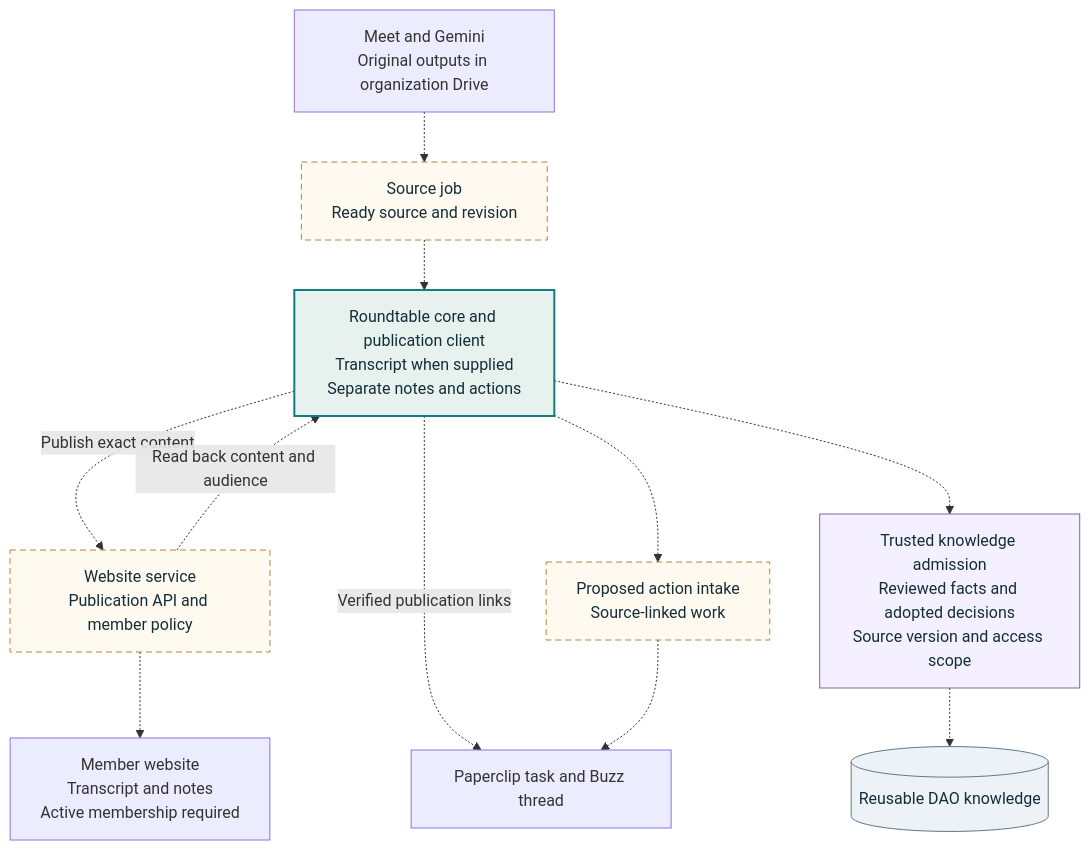
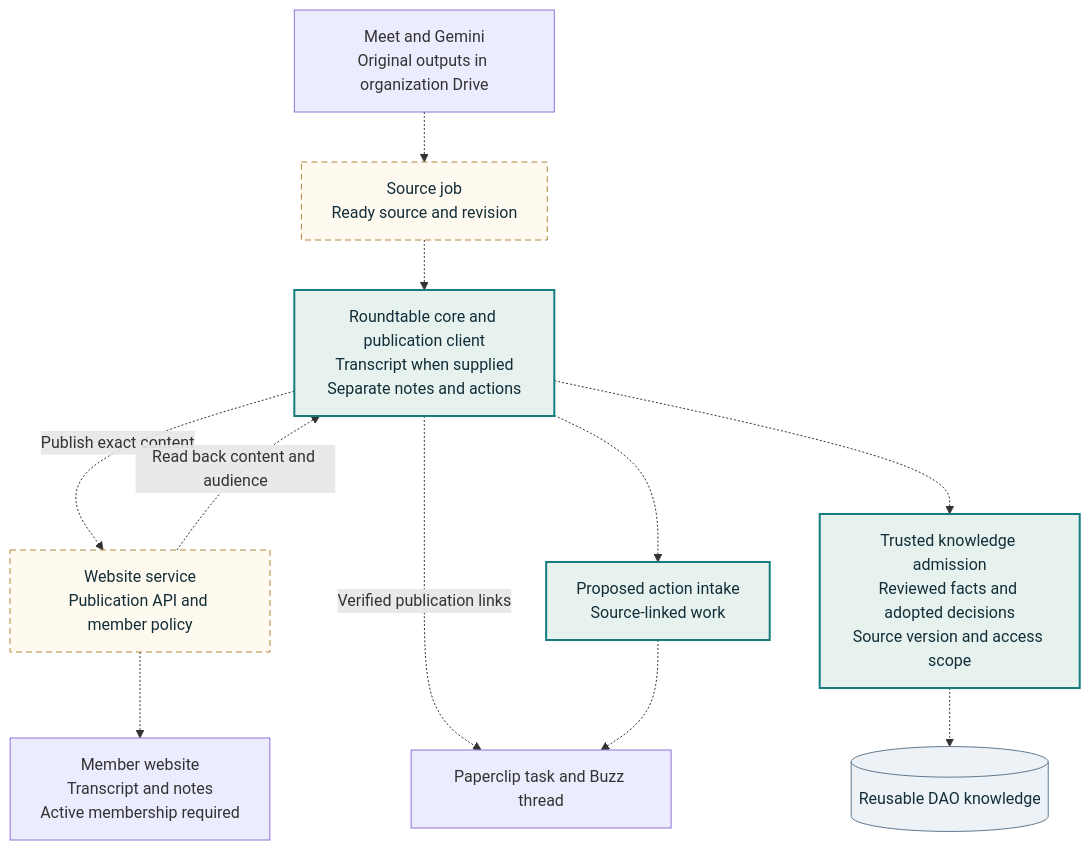
Before and after one commit to NetRxn/Inertia: the diagram in docs/architecture/diagrams/meeting-ingestion.mmd, drawn with Mermaid. The commit also changed 27 other files, not shown here.

Commit message:
docs: synchronize architecture and funding delivery status

```diff
--- a/docs/architecture/diagrams/meeting-ingestion.mmd
+++ b/docs/architecture/diagrams/meeting-ingestion.mmd
@@ -1,20 +1,19 @@
 flowchart TB
  D["Meet and Gemini<br/>Original outputs in organization Drive"] -.-> J["Source job<br/>Ready source and revision"]
  J -.-> R["Roundtable core and publication client<br/>Transcript when supplied<br/>Separate notes and actions"]
  R -.->|Publish exact content| W["Website service<br/>Publication API and member policy"]
  W -.->|Read back content and audience| R
  W -.-> P["Member website<br/>Transcript and notes<br/>Active membership required"]
  R -.->|Verified publication links| T["Paperclip task and Buzz thread"]
  R -.-> A["Proposed action intake<br/>Source-linked work"]
  A -.-> T
  R -.-> K["Trusted knowledge admission<br/>Reviewed facts and adopted decisions<br/>Source version and access scope"]
  K -.-> DB[("Reusable DAO knowledge")]
- class R core
- class J,W,A planned
- class K reviewed
+ class R,A,K core
+ class J,W planned
  class DB store
 
  classDef core fill:#e7f1ee,stroke:#157d80,color:#132e38,stroke-width:2px
  classDef planned fill:#fffaf0,stroke:#b1853e,color:#132e38,stroke-dasharray:6 4
  classDef reviewed fill:#f5f0ff,stroke:#8064a2,color:#132e38
  classDef store fill:#edf2f7,stroke:#61788b,color:#132e38
```
